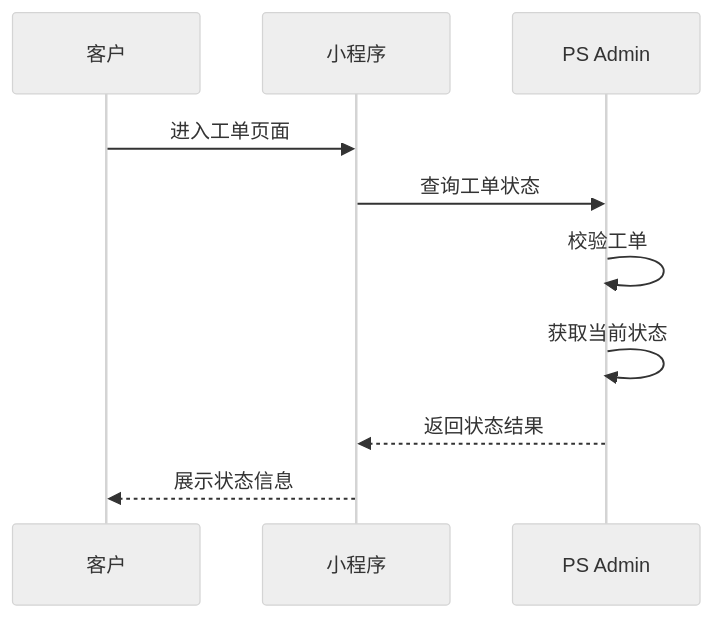
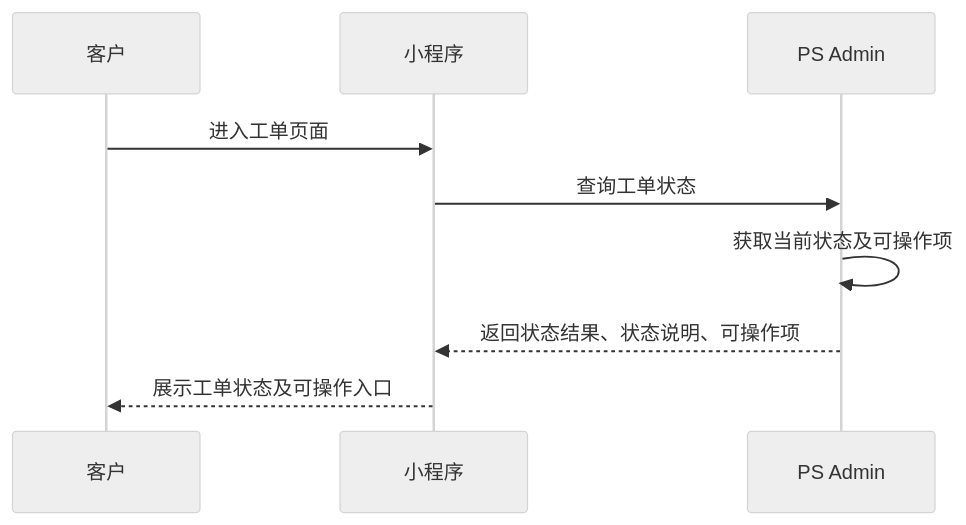
Before and after one commit to guguohai/gmps: diagram 11 of 33 in 文档/GM系统需求说明.md, drawn with Mermaid (neutral theme). The commit also changed other lines of this file and 2 other files, not shown here.

````diff
--- a/文档/GM系统需求说明.md
+++ b/文档/GM系统需求说明.md
@@ -768,13 +863,12 @@
 ```mermaid
 sequenceDiagram
-participant C as 客户
-participant M as 小程序
-participant A as PS Admin
+    participant C as 客户
+    participant M as 小程序
+    participant A as PS Admin
 
-C->>M: 进入工单页面
-M->>A: 查询工单状态
-A->>A: 校验工单
-A->>A: 获取当前状态
-A-->>M: 返回状态结果
-M-->>C: 展示状态信息
+    C->>M: 进入工单页面
+    M->>A: 查询工单状态
+    A->>A: 获取当前状态及可操作项
+    A-->>M: 返回状态结果、状态说明、可操作项
+    M-->>C: 展示工单状态及可操作入口
 ```
````
